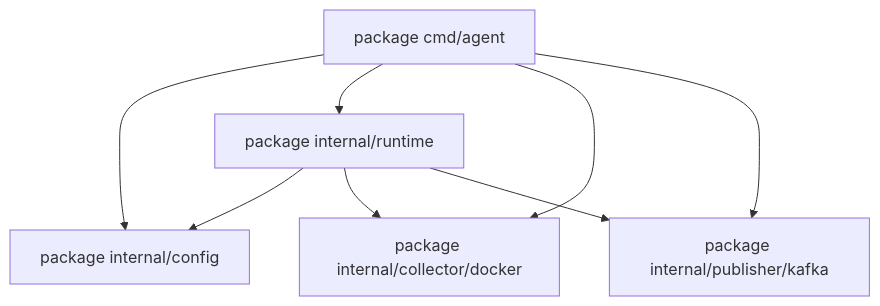
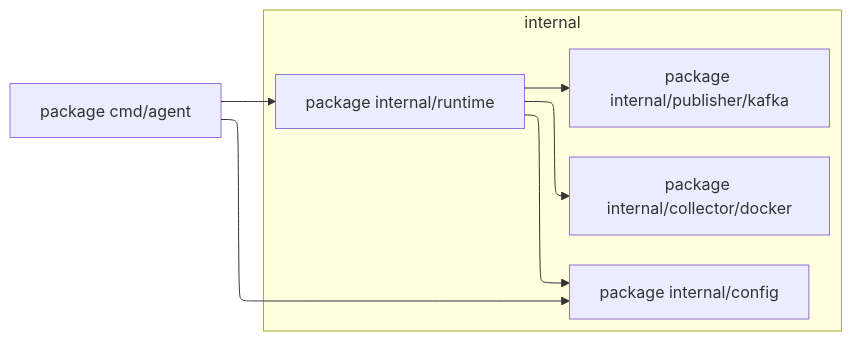
The second of 24 diagrams in docs/uml-diagrams.md (MTXIK/container-monitoring), drawn with Mermaid before and after one commit. The commit also changed other lines of this file, not shown here.

Commit message:
update diagrams

````diff
--- a/docs/uml-diagrams.md
+++ b/docs/uml-diagrams.md
@@ -48,16 +53,19 @@
 ```mermaid
-flowchart TB
+%%{init: {"flowchart": {"defaultRenderer": "elk"}} }%%
+flowchart LR
     Cmd["package cmd/agent"]
-    Config["package internal/config"]
-    Runtime["package internal/runtime"]
-    Collector["package internal/collector/docker"]
-    Publisher["package internal/publisher/kafka"]
+
+    subgraph Internal["internal"]
+        direction TB
+        Config["package internal/config"]
+        Runtime["package internal/runtime"]
+        Collector["package internal/collector/docker"]
+        Publisher["package internal/publisher/kafka"]
+    end
 
     Cmd --> Config
     Cmd --> Runtime
-    Cmd --> Collector
-    Cmd --> Publisher
-    Runtime --> Config
     Runtime --> Collector
     Runtime --> Publisher
+    Runtime --> Config
 ```
````
